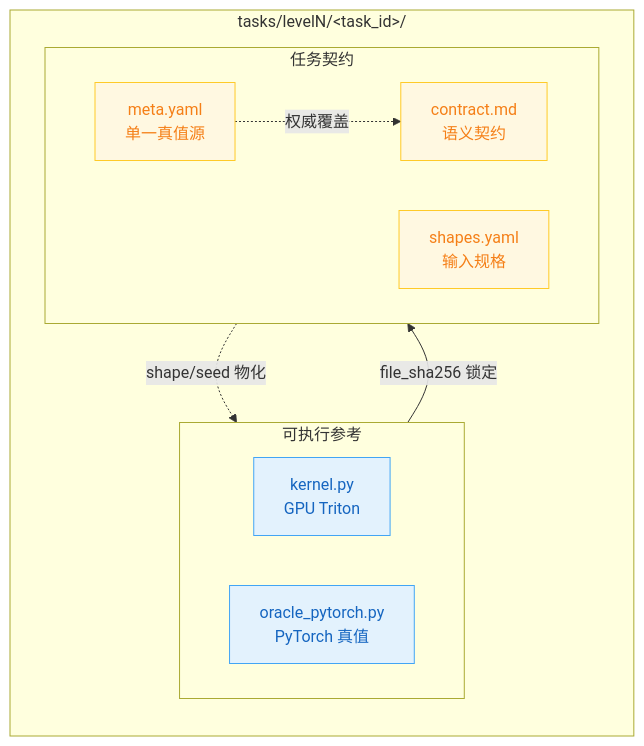
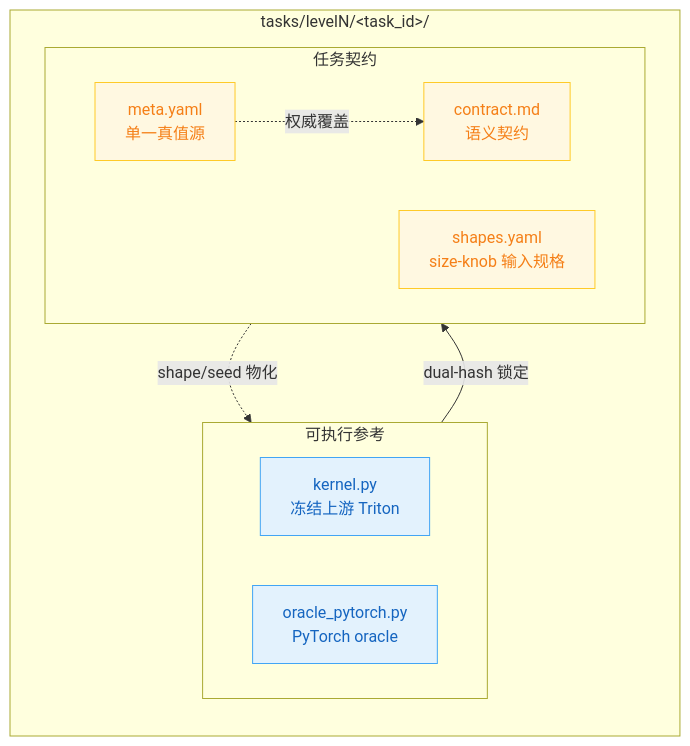
The fifth of 10 diagrams in docs/DESIGN.md (Gxj230958/TritonAscendBench), drawn with Mermaid before and after one commit. The commit also changed other lines of this file and 11 other files, not shown here.

First line of the commit message:
docs: finalize two-objective Roofline design spec and architecture docs

````diff
--- a/docs/DESIGN.md
+++ b/docs/DESIGN.md
@@ -247,24 +351,24 @@
 ```mermaid
 flowchart TB
     subgraph T["tasks/levelN/&lt;task_id&gt;/"]
         direction TB
         subgraph CODE["可执行参考"]
             direction LR
-            K["kernel.py<br/>GPU Triton"]
-            O["oracle_pytorch.py<br/>PyTorch 真值"]
+            K["kernel.py<br/>冻结上游 Triton"]
+            O["oracle_pytorch.py<br/>PyTorch oracle"]
         end
         subgraph SPEC["任务契约"]
             direction LR
             M["meta.yaml<br/>单一真值源"]
-            SH["shapes.yaml<br/>输入规格"]
+            SH["shapes.yaml<br/>size-knob 输入规格"]
             CT["contract.md<br/>语义契约"]
         end
     end
-    K -->|"file_sha256 锁定"| M
+    K -->|"dual-hash 锁定"| M
     M -.->|"权威覆盖"| CT
     SH -.->|"shape/seed 物化"| O
     classDef code fill:#E3F2FD,stroke:#42A5F5,color:#1565C0;
     classDef spec fill:#FFF8E1,stroke:#FFCA28,color:#F57F17;
     class K,O code;
     class M,SH,CT spec;
 ```
````
